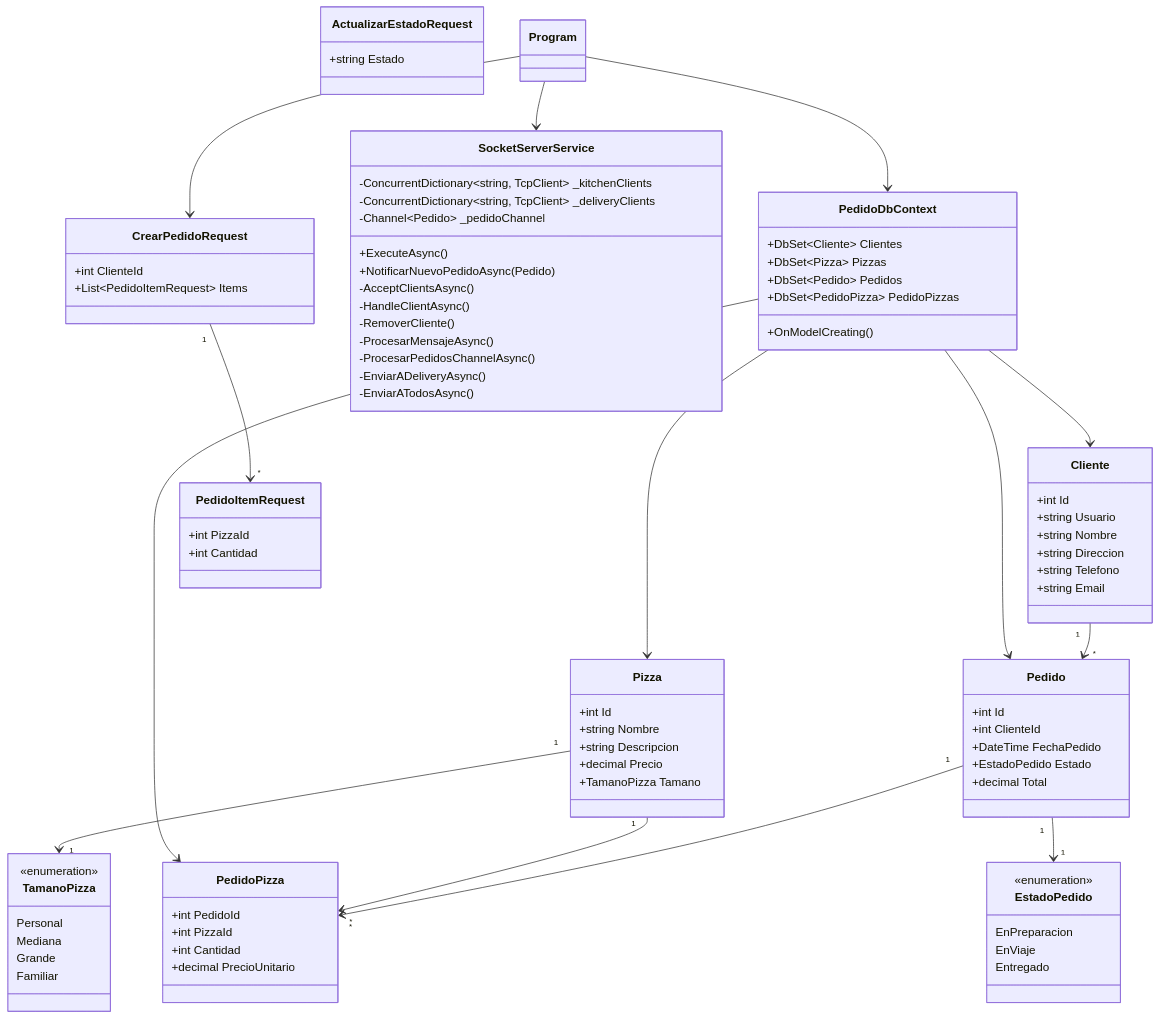
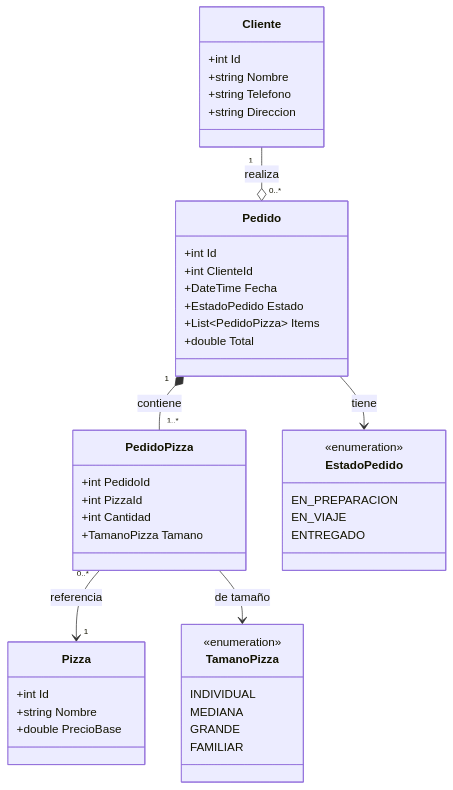
One commit to Darkops56/PSR-MinimalAPI changed the first of 3 diagrams in docs/DiagramaDeClases.md. Above: the diagram before and after it, drawn with Mermaid. The commit also changed 2 other files, not shown here.

Commit message:
arreglo de los diagramas

````diff
--- a/docs/DiagramaDeClases.md
+++ b/docs/DiagramaDeClases.md
@@ -5,100 +5,58 @@
 ```mermaid
 classDiagram
+    %% --- Clientes ---
     class Cliente {
         +int Id
-        +string Usuario
         +string Nombre
+        +string Telefono
         +string Direccion
-        +string Telefono
-        +string Email
     }
 
-    class Pizza {
-        +int Id
-        +string Nombre
-        +string Descripcion
-        +decimal Precio
-        +TamanoPizza Tamano
-    }
-
-    class TamanoPizza {
-        <<enumeration>>
-        Personal
-        Mediana
-        Grande
-        Familiar
-    }
-
+    %% --- Pedidos ---
     class Pedido {
         +int Id
         +int ClienteId
-        +DateTime FechaPedido
+        +DateTime Fecha
         +EstadoPedido Estado
-        +decimal Total
-    }
-
-    class EstadoPedido {
-        <<enumeration>>
-        EnPreparacion
-        EnViaje
-        Entregado
+        +List~PedidoPizza~ Items
+        +double Total
     }
 
     class PedidoPizza {
         +int PedidoId
         +int PizzaId
         +int Cantidad
-        +decimal PrecioUnitario
+        +TamanoPizza Tamano
     }
 
-    class PedidoDbContext {
-        +DbSet~Cliente~ Clientes
-        +DbSet~Pizza~ Pizzas
-        +DbSet~Pedido~ Pedidos
-        +DbSet~PedidoPizza~ PedidoPizzas
-        +OnModelCreating()
+    class Pizza {
+        +int Id
+        +string Nombre
+        +double PrecioBase
     }
 
-    class SocketServerService {
-        -ConcurrentDictionary~string, TcpClient~ _kitchenClients
-        -ConcurrentDictionary~string, TcpClient~ _deliveryClients
-        -Channel~Pedido~ _pedidoChannel
-        +ExecuteAsync()
-        +NotificarNuevoPedidoAsync(Pedido)
-        -AcceptClientsAsync()
-        -HandleClientAsync()
-        -RemoverCliente()
-        -ProcesarMensajeAsync()
-        -ProcesarPedidosChannelAsync()
-        -EnviarADeliveryAsync()
-        -EnviarATodosAsync()
+    class EstadoPedido {
+        <<enumeration>>
+        EN_PREPARACION
+        EN_VIAJE
+        ENTREGADO
     }
 
-    class CrearPedidoRequest {
-        +int ClienteId
-        +List~PedidoItemRequest~ Items
+    class TamanoPizza {
+        <<enumeration>>
+        INDIVIDUAL
+        MEDIANA
+        GRANDE
+        FAMILIAR
     }
 
-    class PedidoItemRequest {
-        +int PizzaId
-        +int Cantidad
-    }
+    
 
-    class ActualizarEstadoRequest {
-        +string Estado
-    }
+    %% --- Relaciones ---
+    Cliente "1" --o "0..*" Pedido : realiza
+    Pedido "1" *-- "1..*" PedidoPizza : contiene
+    PedidoPizza "0..*" --> "1" Pizza : referencia
+    Pedido --> EstadoPedido : tiene
+    PedidoPizza --> TamanoPizza : de tamaño
 
-    Cliente "1" --> "*" Pedido
-    Pedido "1" --> "*" PedidoPizza
-    Pizza "1" --> "*" PedidoPizza
-    Pedido "1" --> "1" EstadoPedido
-    Pizza "1" --> "1" TamanoPizza
-    PedidoDbContext --> Cliente
-    PedidoDbContext --> Pizza
-    PedidoDbContext --> Pedido
-    PedidoDbContext --> PedidoPizza
-    Program --> PedidoDbContext
-    Program --> SocketServerService
-    Program --> CrearPedidoRequest
-    CrearPedidoRequest "1" --> "*" PedidoItemRequest
 ```
````
